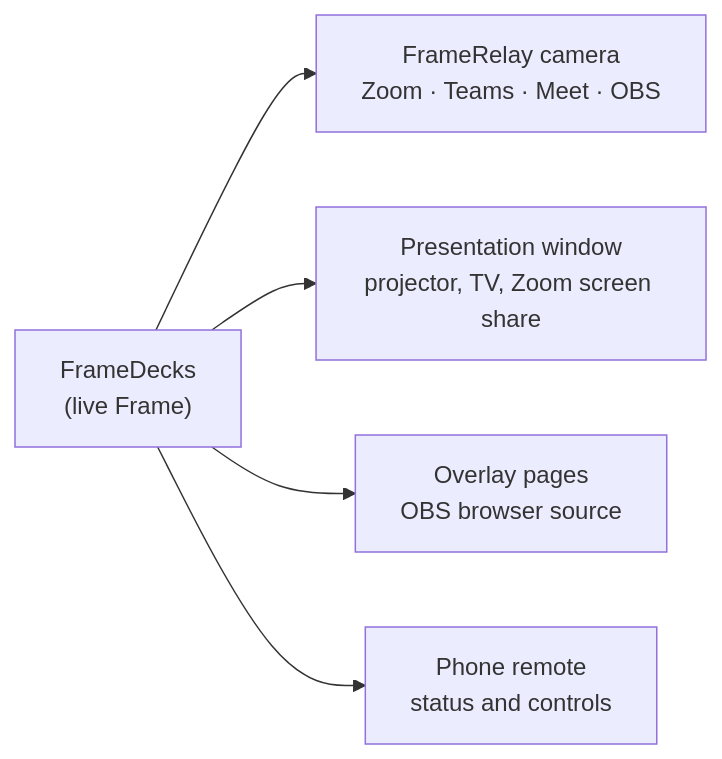
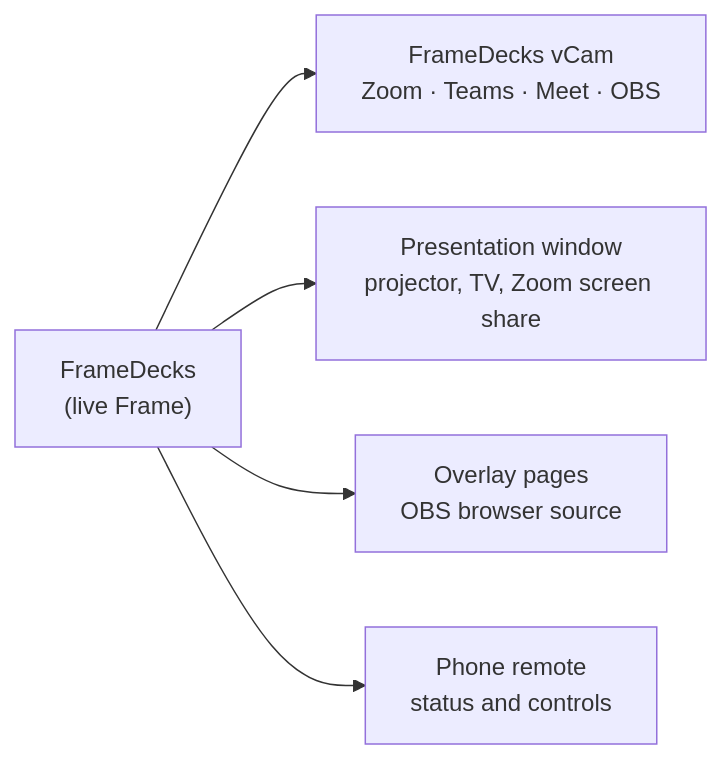
One commit to mshobin/FrameDecks changed the diagram in hosted/content/guide/presentations.md. Above: the diagram before and after it, drawn with Mermaid. The commit also changed other lines of this file and 110 other files, not shown here.

````diff
--- a/hosted/content/guide/presentations.md
+++ b/hosted/content/guide/presentations.md
@@ -29,7 +29,7 @@
 ```mermaid
 flowchart LR
-  K["FrameDecks<br/>(live Frame)"] --> CAM["FrameRelay camera<br/>Zoom · Teams · Meet · OBS"]
+  K["FrameDecks<br/>(live Frame)"] --> CAM["FrameDecks vCam<br/>Zoom · Teams · Meet · OBS"]
   K --> PW["Presentation window<br/>projector, TV, Zoom screen share"]
   K --> OV["Overlay pages<br/>OBS browser source"]
   K --> PH["Phone remote<br/>status and controls"]
 ```
````
